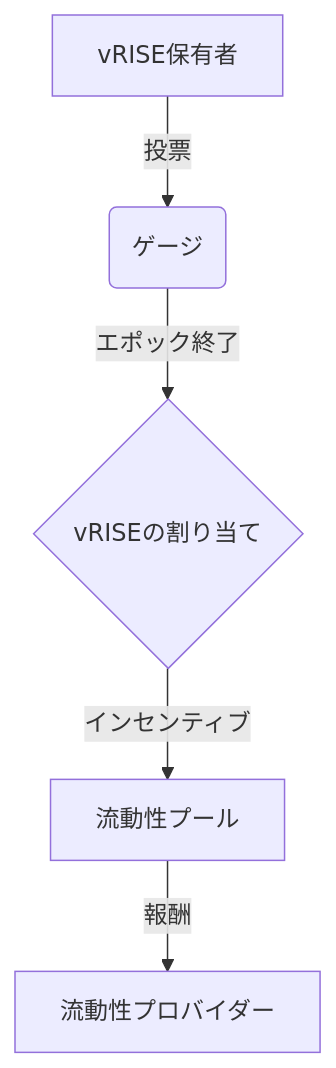
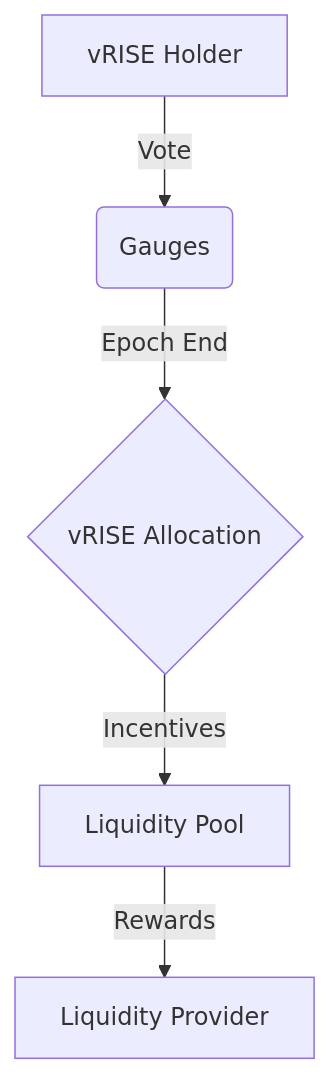
Before and after one commit to sunriselayer/gitbook: the diagram in ja/learn/sunrise/liquidity-incentive/gauges-voting.md, drawn with Mermaid. The commit also changed 19 other files, not shown here.

````diff
--- a/ja/learn/sunrise/liquidity-incentive/gauges-voting.md
+++ b/ja/learn/sunrise/liquidity-incentive/gauges-voting.md
@@ -38,7 +38,7 @@
 ```mermaid
 graph TD
-    A[vRISE保有者] -->|投票| B(ゲージ)
-    B -->|エポック終了| C{vRISEの割り当て}
-    C -->|インセンティブ| D[流動性プール]
-    D -->|報酬| E[流動性プロバイダー]
+    A[vRISE Holder] -->|Vote| B(Gauges)
+    B -->|Epoch End| C{vRISE Allocation}
+    C -->|Incentives| D[Liquidity Pool]
+    D -->|Rewards| E[Liquidity Provider]
 ```
````
